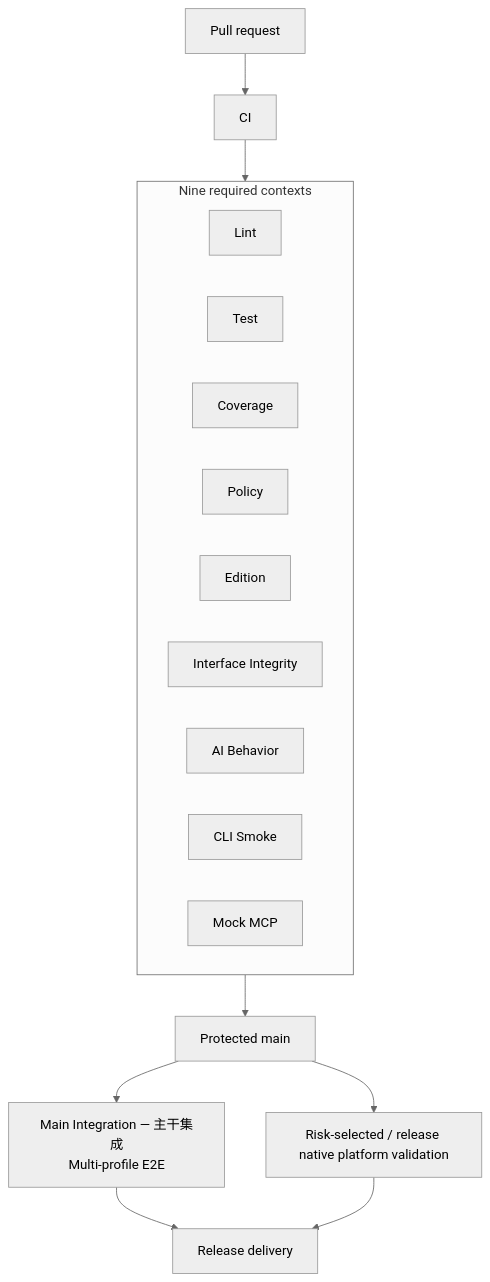
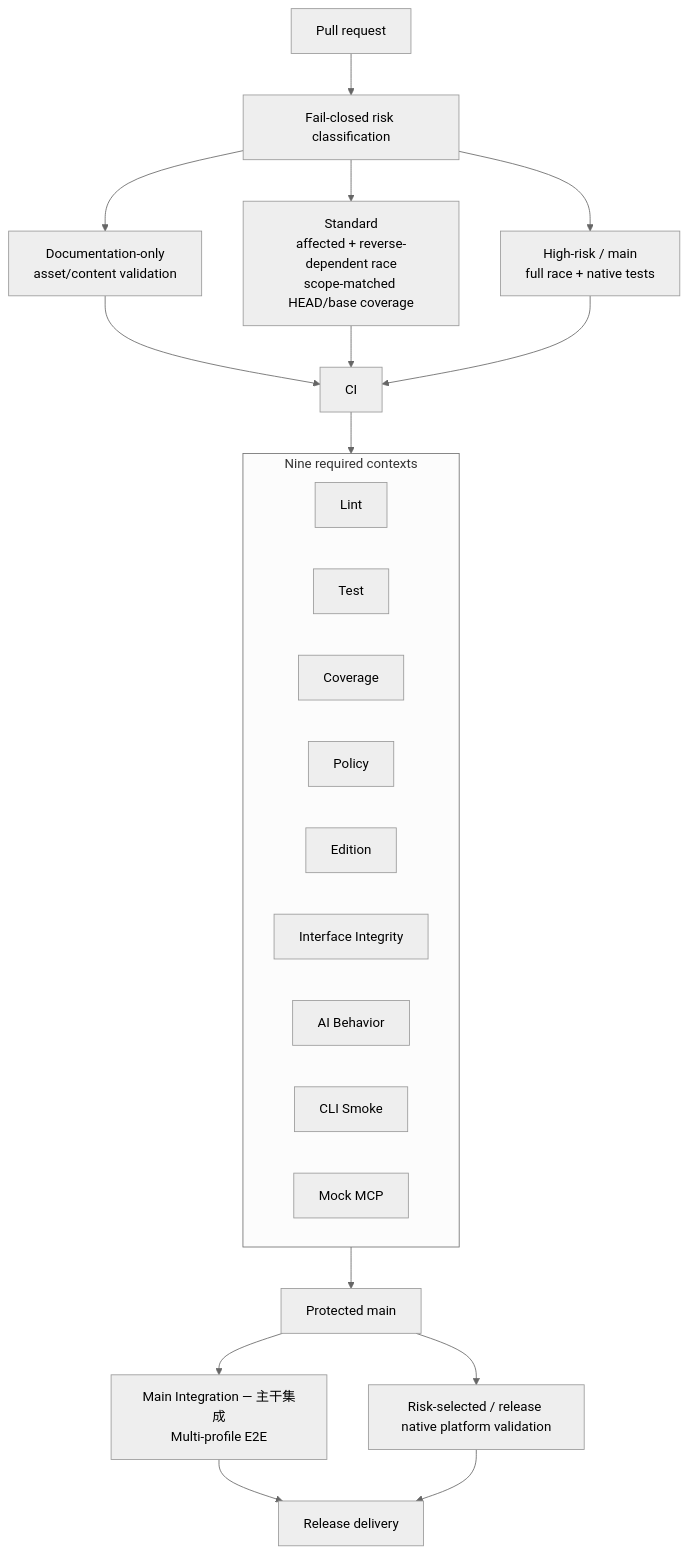
One commit to DingTalk-Real-AI/dingtalk-workspace-cli changed the diagram in docs/architecture.md. Above: the diagram before and after it, drawn with Mermaid (neutral theme). The commit also changed other lines of this file and 12 other files, not shown here.

````diff
--- a/docs/architecture.md
+++ b/docs/architecture.md
@@ -53,21 +53,27 @@
 ```mermaid
 flowchart TB
-  PR["Pull request"] --> CA["CI"]
+  PR["Pull request"] --> CLASSIFY["Fail-closed risk classification"]
+  CLASSIFY --> DOCS["Documentation-only<br/>asset/content validation"]
+  CLASSIFY --> STANDARD["Standard<br/>affected + reverse-dependent race<br/>scope-matched HEAD/base coverage"]
+  CLASSIFY --> HIGH["High-risk / main<br/>full race + native tests"]
+  DOCS --> CA["CI"]
+  STANDARD --> CA
+  HIGH --> CA
   subgraph CA_CHECKS["Nine required contexts"]
     L["Lint"]
     T["Test"]
     C["Coverage"]
     P["Policy"]
     E["Edition"]
     I["Interface Integrity"]
     A["AI Behavior"]
     S["CLI Smoke"]
     M["Mock MCP"]
   end
   CA --> CA_CHECKS
   CA_CHECKS --> MAIN["Protected main"]
   MAIN --> MP["Main Integration — 主干集成<br/>Multi-profile E2E"]
   MAIN --> PLATFORM["Risk-selected / release native platform validation"]
   MP --> RELEASE["Release delivery"]
   PLATFORM --> RELEASE
 ```
````
